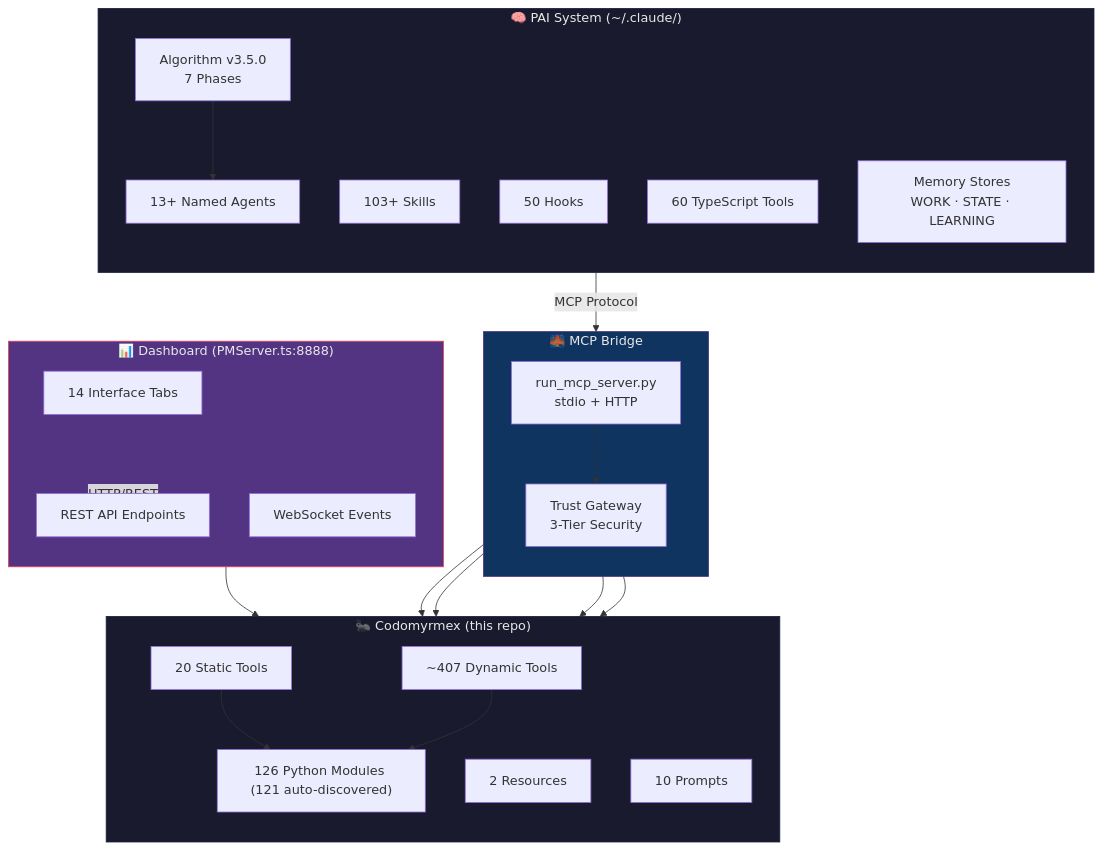
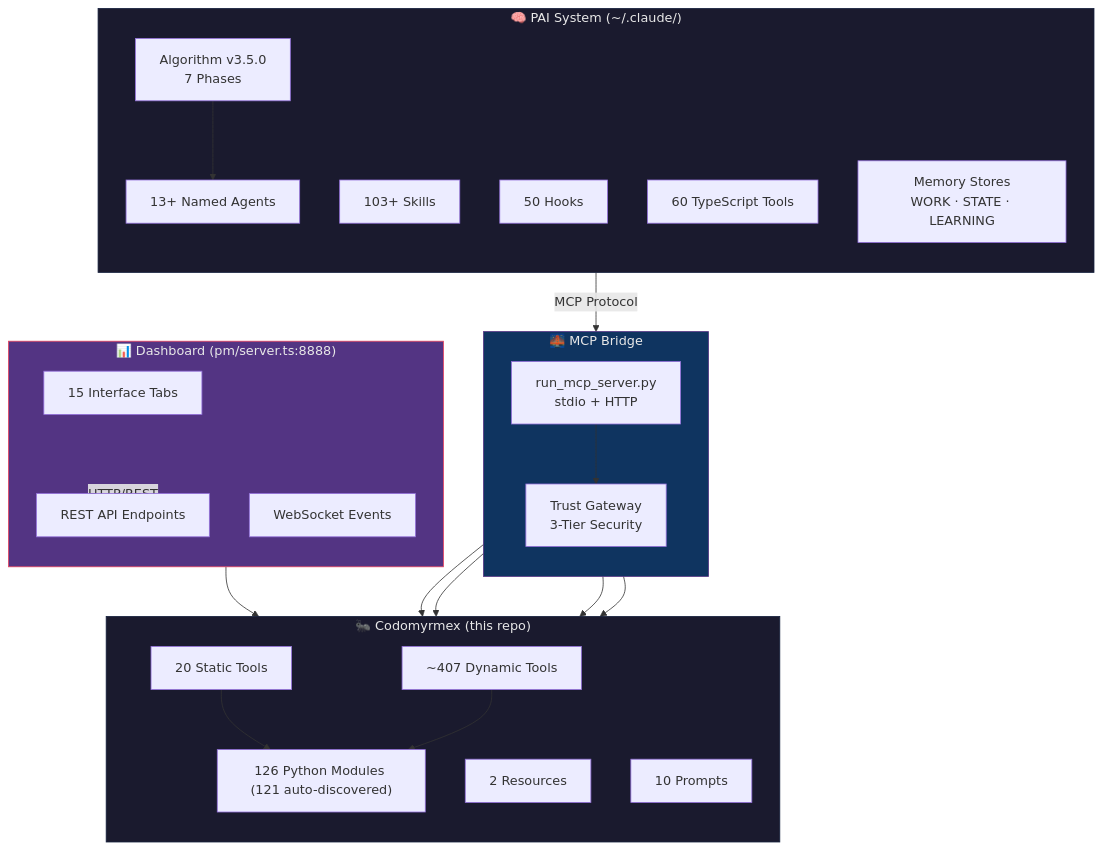
The first of 8 diagrams in docs/pai/README.md (docxology/codomyrmex), drawn with Mermaid before and after one commit. The commit also changed other lines of this file and 385 other files, not shown here.

````diff
--- a/docs/pai/README.md
+++ b/docs/pai/README.md
@@ -15,51 +15,51 @@
 ```mermaid
 graph TB
     subgraph PAI["🧠 PAI System (~/.claude/)"]
         direction TB
         ALGO["Algorithm v3.5.0<br/>7 Phases"]
         SKILLS["103+ Skills"]
         HOOKS["50 Hooks"]
         TOOLS_TS["60 TypeScript Tools"]
         AGENTS_PAI["13+ Named Agents"]
         MEMORY["Memory Stores<br/>WORK · STATE · LEARNING"]
     end
 
     subgraph BRIDGE["🌉 MCP Bridge"]
         direction TB
         MCP_SERVER["run_mcp_server.py<br/>stdio + HTTP"]
         TRUST["Trust Gateway<br/>3-Tier Security"]
     end
 
     subgraph CDM["🐜 Codomyrmex (this repo)"]
         direction TB
         MODULES["126 Python Modules (121 auto-discovered)"]
         STATIC["20 Static Tools"]
         DYNAMIC["~407 Dynamic Tools"]
         RESOURCES["2 Resources"]
         PROMPTS["10 Prompts"]
     end
 
-    subgraph DASH["📊 Dashboard (PMServer.ts:8888)"]
+    subgraph DASH["📊 Dashboard (pm/server.ts:8888)"]
         direction TB
-        TABS["14 Interface Tabs"]
+        TABS["15 Interface Tabs"]
         REST["REST API Endpoints"]
         WS["WebSocket Events"]
     end
 
     ALGO --> AGENTS_PAI
     AGENTS_PAI -->|"MCP Protocol"| MCP_SERVER
     MCP_SERVER --> TRUST
     TRUST --> STATIC
     TRUST --> DYNAMIC
     MCP_SERVER --> RESOURCES
     MCP_SERVER --> PROMPTS
     STATIC --> MODULES
     DYNAMIC --> MODULES
     DASH -->|"HTTP/REST"| REST
     REST --> MODULES
 
     style PAI fill:#1a1a2e,stroke:#16213e,color:#e8e8e8
     style BRIDGE fill:#0f3460,stroke:#533483,color:#e8e8e8
     style CDM fill:#1a1a2e,stroke:#16213e,color:#e8e8e8
     style DASH fill:#533483,stroke:#e94560,color:#e8e8e8
 ```
````
